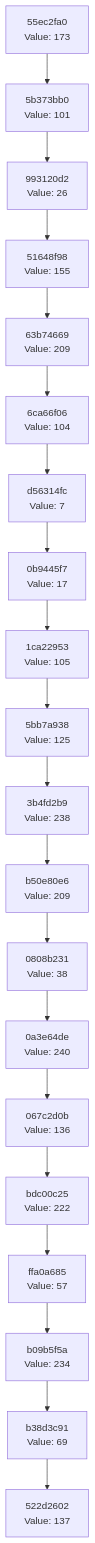
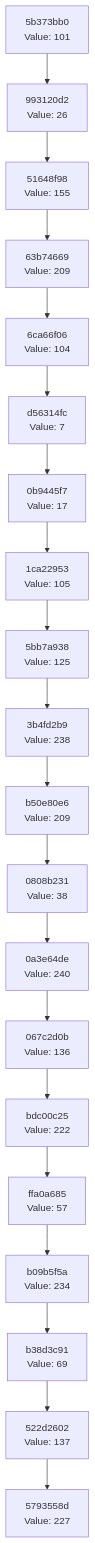
One commit to Abhisheksinha1506/hash-chain-evolver changed the diagram in docs/CHAIN_VISUALIZATION.md. Above: the diagram before and after it, drawn with Mermaid. The commit also changed 1 other file, not shown here.

Commit message:
Evolution step: hash 0xE3 → action executed

````diff
--- a/docs/CHAIN_VISUALIZATION.md
+++ b/docs/CHAIN_VISUALIZATION.md
@@ -3,42 +3,42 @@
 ```mermaid
 graph TD
-    C0["522d2602<br/>Value: 137"]
-    C1["b38d3c91<br/>Value: 69"]
+    C0["5793558d<br/>Value: 227"]
+    C1["522d2602<br/>Value: 137"]
     C1 --> C0
-    C2["b09b5f5a<br/>Value: 234"]
+    C2["b38d3c91<br/>Value: 69"]
     C2 --> C1
-    C3["ffa0a685<br/>Value: 57"]
+    C3["b09b5f5a<br/>Value: 234"]
     C3 --> C2
-    C4["bdc00c25<br/>Value: 222"]
+    C4["ffa0a685<br/>Value: 57"]
     C4 --> C3
-    C5["067c2d0b<br/>Value: 136"]
+    C5["bdc00c25<br/>Value: 222"]
     C5 --> C4
-    C6["0a3e64de<br/>Value: 240"]
+    C6["067c2d0b<br/>Value: 136"]
     C6 --> C5
-    C7["0808b231<br/>Value: 38"]
+    C7["0a3e64de<br/>Value: 240"]
     C7 --> C6
-    C8["b50e80e6<br/>Value: 209"]
+    C8["0808b231<br/>Value: 38"]
     C8 --> C7
-    C9["3b4fd2b9<br/>Value: 238"]
+    C9["b50e80e6<br/>Value: 209"]
     C9 --> C8
-    C10["5bb7a938<br/>Value: 125"]
+    C10["3b4fd2b9<br/>Value: 238"]
     C10 --> C9
-    C11["1ca22953<br/>Value: 105"]
+    C11["5bb7a938<br/>Value: 125"]
     C11 --> C10
-    C12["0b9445f7<br/>Value: 17"]
+    C12["1ca22953<br/>Value: 105"]
     C12 --> C11
-    C13["d56314fc<br/>Value: 7"]
+    C13["0b9445f7<br/>Value: 17"]
     C13 --> C12
-    C14["6ca66f06<br/>Value: 104"]
+    C14["d56314fc<br/>Value: 7"]
     C14 --> C13
-    C15["63b74669<br/>Value: 209"]
+    C15["6ca66f06<br/>Value: 104"]
     C15 --> C14
-    C16["51648f98<br/>Value: 155"]
+    C16["63b74669<br/>Value: 209"]
     C16 --> C15
-    C17["993120d2<br/>Value: 26"]
+    C17["51648f98<br/>Value: 155"]
     C17 --> C16
-    C18["5b373bb0<br/>Value: 101"]
+    C18["993120d2<br/>Value: 26"]
     C18 --> C17
-    C19["55ec2fa0<br/>Value: 173"]
+    C19["5b373bb0<br/>Value: 101"]
     C19 --> C18
 ```
````
